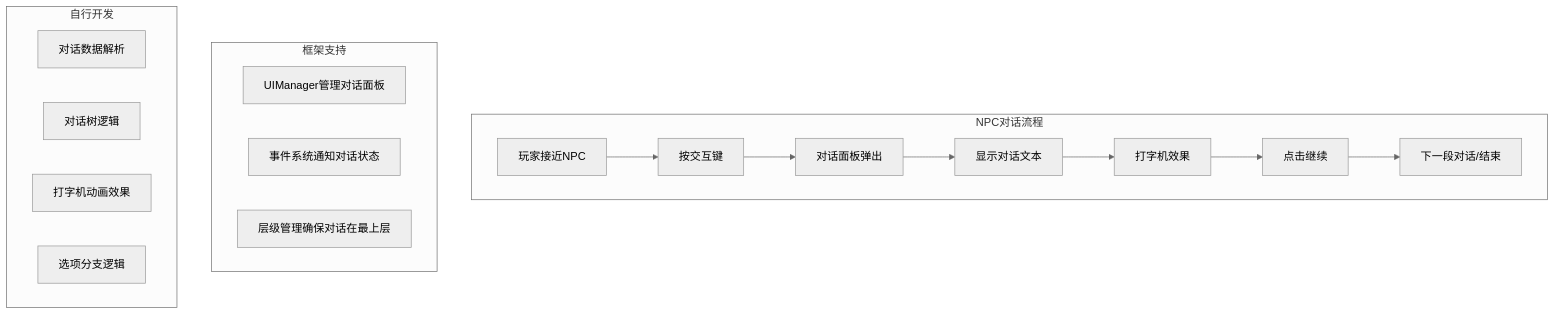
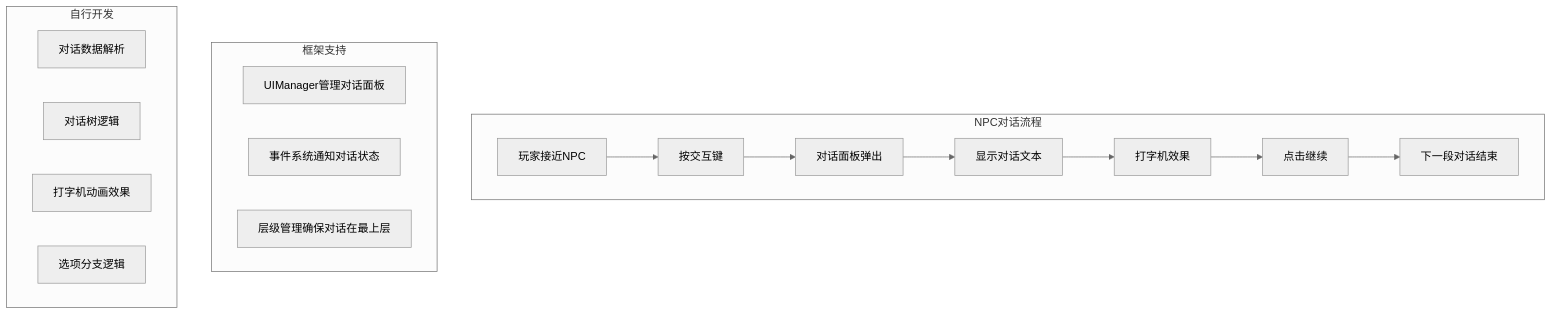
The sixth of 7 diagrams in data/kira-framework-analysis.md (KTSAMA001/AgentSkill-Akasha-KT), drawn with Mermaid (neutral theme) before and after one commit. The commit also changed other lines of this file, not shown here.

First line of the commit message:
fix: correct Mermaid syntax in kira-framework-analysis.md

````diff
--- a/data/kira-framework-analysis.md
+++ b/data/kira-framework-analysis.md
@@ -336,27 +336,27 @@
 ```mermaid
 flowchart TB
-    subgraph 对话流程["NPC对话流程"]
+    subgraph dialogflow["NPC对话流程"]
         A["玩家接近NPC"]
         B["按交互键"]
         C["对话面板弹出"]
         D["显示对话文本"]
         E["打字机效果"]
         F["点击继续"]
-        G["下一段对话/结束"]
+        G["下一段对话结束"]
     end
 
     A --> B --> C --> D --> E --> F --> G
 
-    subgraph 框架支持["框架支持"]
+    subgraph fwsupport["框架支持"]
         F1["UIManager管理对话面板"]
         F2["事件系统通知对话状态"]
         F3["层级管理确保对话在最上层"]
     end
 
-    subgraph 自行开发["自行开发"]
+    subgraph customdev["自行开发"]
         S1["对话数据解析"]
         S2["对话树逻辑"]
         S3["打字机动画效果"]
         S4["选项分支逻辑"]
     end
 ```
````
